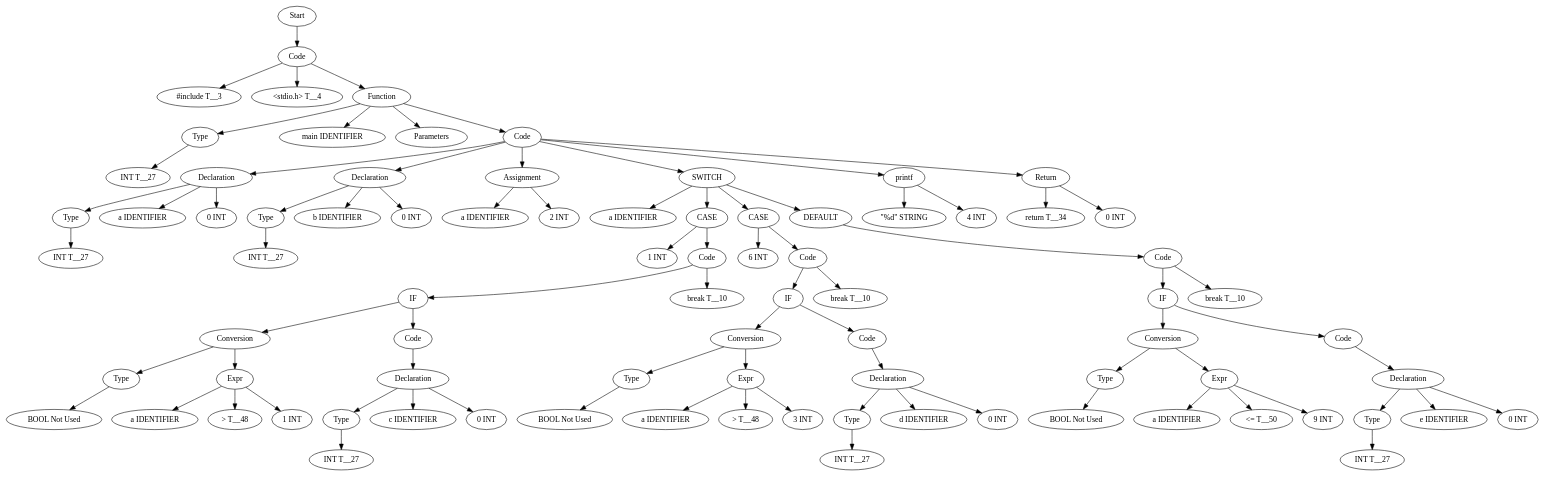
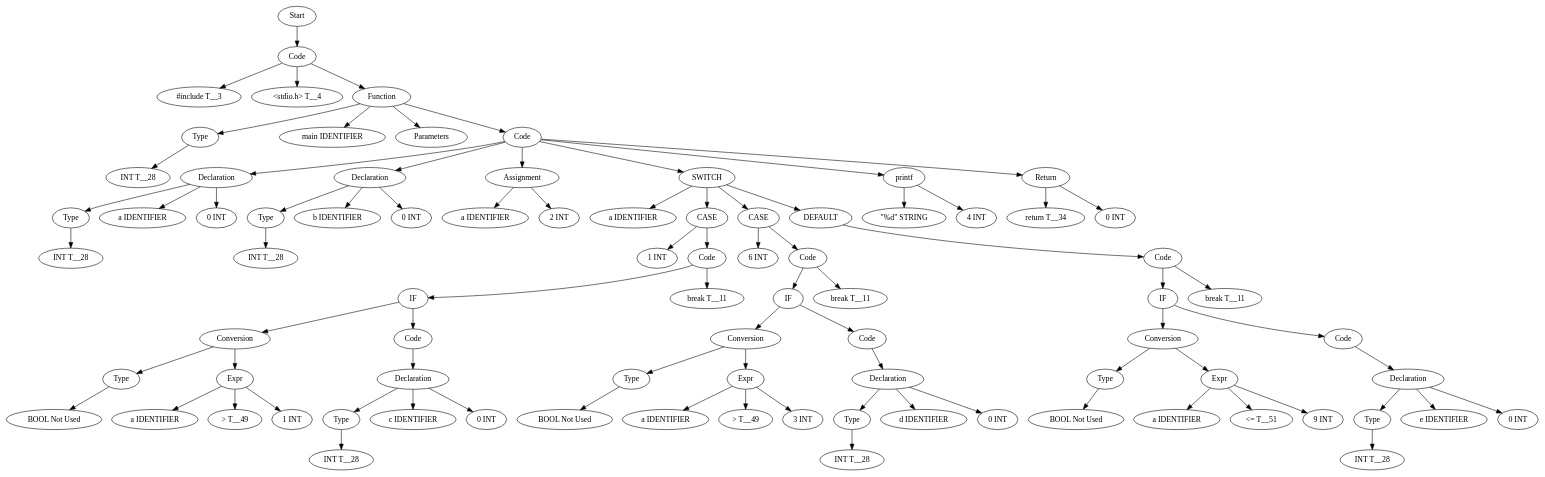
One commit to Are-you-listening/Compilers changed the diagram in TestCases/ASTTests/SwitchTests/createTests/read_file_before.dot. Above: the diagram before and after it, drawn with Graphviz. The commit also changed 184 other files, not shown here.

```diff
--- a/TestCases/ASTTests/SwitchTests/createTests/read_file_before.dot
+++ b/TestCases/ASTTests/SwitchTests/createTests/read_file_before.dot
@@ -1,169 +1,169 @@
 digraph AST {
-  "138215739820928" [label="Start"];
-  "138215739820928" -> "138215739824576";
-  "138215739824576" [label="Code"];
-  "138215739824576" -> "138215739830528";
-  "138215739824576" -> "138215739831632";
-  "138215739824576" -> "138215739830912";
-  "138215739830528" [label="#include T__3"];
-  "138215739831632" [label="<stdio.h> T__4"];
-  "138215739830912" [label="Function"];
-  "138215739830912" -> "138215739823520";
-  "138215739830912" -> "138215739829328";
-  "138215739830912" -> "138215739818816";
-  "138215739830912" -> "138215739834128";
-  "138215739823520" [label="Type"];
-  "138215739823520" -> "138215739831728";
-  "138215739831728" [label="INT T__27"];
-  "138215739829328" [label="main IDENTIFIER"];
-  "138215739818816" [label="Parameters"];
-  "138215739834128" [label="Code"];
-  "138215739834128" -> "138215739833168";
-  "138215739834128" -> "138215739833504";
-  "138215739834128" -> "138215739830144";
-  "138215739834128" -> "138215739826112";
-  "138215739834128" -> "138215739984768";
-  "138215739834128" -> "138215739983952";
-  "138215739833168" [label="Declaration"];
-  "138215739833168" -> "138215739830768";
-  "138215739833168" -> "138215739831776";
-  "138215739833168" -> "138215739832304";
-  "138215739830768" [label="Type"];
-  "138215739830768" -> "138215739830000";
-  "138215739830000" [label="INT T__27"];
-  "138215739831776" [label="a IDENTIFIER"];
-  "138215739832304" [label="0 INT"];
-  "138215739833504" [label="Declaration"];
-  "138215739833504" -> "138215739831584";
-  "138215739833504" -> "138215739833408";
-  "138215739833504" -> "138215739824672";
-  "138215739831584" [label="Type"];
-  "138215739831584" -> "138215739819056";
-  "138215739819056" [label="INT T__27"];
-  "138215739833408" [label="b IDENTIFIER"];
-  "138215739824672" [label="0 INT"];
-  "138215739830144" [label="Assignment"];
-  "138215739830144" -> "138215739832400";
-  "138215739830144" -> "138215739833792";
-  "138215739832400" [label="a IDENTIFIER"];
-  "138215739833792" [label="2 INT"];
-  "138215739826112" [label="SWITCH"];
-  "138215739826112" -> "138215739834032";
-  "138215739826112" -> "138215739830960";
-  "138215739826112" -> "138215739823808";
-  "138215739826112" -> "138215739986928";
-  "138215739834032" [label="a IDENTIFIER"];
-  "138215739830960" [label="CASE"];
-  "138215739830960" -> "138215739824192";
-  "138215739830960" -> "138215739988320";
-  "138215739824192" [label="1 INT"];
-  "138215739988320" [label="Code"];
-  "138215739988320" -> "138215739988368";
-  "138215739988320" -> "138215739986640";
-  "138215739988368" [label="IF"];
-  "138215739988368" -> "138215739984192";
-  "138215739988368" -> "138215739988512";
-  "138215739984192" [label="Conversion"];
-  "138215739984192" -> "138215739992016";
-  "138215739984192" -> "138215739985392";
-  "138215739992016" [label="Type"];
-  "138215739992016" -> "138215739993312";
-  "138215739993312" [label="BOOL Not Used"];
-  "138215739985392" [label="Expr"];
-  "138215739985392" -> "138215739992592";
-  "138215739985392" -> "138215739992352";
-  "138215739985392" -> "138215739986976";
-  "138215739992592" [label="a IDENTIFIER"];
-  "138215739992352" [label="> T__48"];
-  "138215739986976" [label="1 INT"];
-  "138215739988512" [label="Code"];
-  "138215739988512" -> "138215739986832";
-  "138215739986832" [label="Declaration"];
-  "138215739986832" -> "138215739989568";
-  "138215739986832" -> "138215739987120";
-  "138215739986832" -> "138215739990336";
-  "138215739989568" [label="Type"];
-  "138215739989568" -> "138215739991920";
-  "138215739991920" [label="INT T__27"];
-  "138215739987120" [label="c IDENTIFIER"];
-  "138215739990336" [label="0 INT"];
-  "138215739986640" [label="break T__10"];
-  "138215739823808" [label="CASE"];
-  "138215739823808" -> "138215739990384";
-  "138215739823808" -> "138215739989472";
-  "138215739990384" [label="6 INT"];
-  "138215739989472" [label="Code"];
-  "138215739989472" -> "138215739984144";
-  "138215739989472" -> "138215739989520";
-  "138215739984144" [label="IF"];
-  "138215739984144" -> "138215739993120";
-  "138215739984144" -> "138215739990768";
-  "138215739993120" [label="Conversion"];
-  "138215739993120" -> "138215739992880";
-  "138215739993120" -> "138215739989376";
-  "138215739992880" [label="Type"];
-  "138215739992880" -> "138215739992784";
-  "138215739992784" [label="BOOL Not Used"];
-  "138215739989376" [label="Expr"];
-  "138215739989376" -> "138215739988416";
-  "138215739989376" -> "138215739990096";
-  "138215739989376" -> "138215739989040";
-  "138215739988416" [label="a IDENTIFIER"];
-  "138215739990096" [label="> T__48"];
-  "138215739989040" [label="3 INT"];
-  "138215739990768" [label="Code"];
-  "138215739990768" -> "138215739984288";
-  "138215739984288" [label="Declaration"];
-  "138215739984288" -> "138215739989232";
-  "138215739984288" -> "138215739989664";
-  "138215739984288" -> "138215739988608";
-  "138215739989232" [label="Type"];
-  "138215739989232" -> "138215739984336";
-  "138215739984336" [label="INT T__27"];
-  "138215739989664" [label="d IDENTIFIER"];
-  "138215739988608" [label="0 INT"];
-  "138215739989520" [label="break T__10"];
-  "138215739986928" [label="DEFAULT"];
-  "138215739986928" -> "138215739989280";
-  "138215739989280" [label="Code"];
-  "138215739989280" -> "138215739985056";
-  "138215739989280" -> "138215739987408";
-  "138215739985056" [label="IF"];
-  "138215739985056" -> "138215739994560";
-  "138215739985056" -> "138215739987600";
-  "138215739994560" [label="Conversion"];
-  "138215739994560" -> "138215739992112";
-  "138215739994560" -> "138215739986448";
-  "138215739992112" [label="Type"];
-  "138215739992112" -> "138215739982944";
-  "138215739982944" [label="BOOL Not Used"];
-  "138215739986448" [label="Expr"];
-  "138215739986448" -> "138215739987168";
-  "138215739986448" -> "138215739986352";
-  "138215739986448" -> "138215739985488";
-  "138215739987168" [label="a IDENTIFIER"];
-  "138215739986352" [label="<= T__50"];
-  "138215739985488" [label="9 INT"];
-  "138215739987600" [label="Code"];
-  "138215739987600" -> "138215739987936";
-  "138215739987936" [label="Declaration"];
-  "138215739987936" -> "138215739987312";
-  "138215739987936" -> "138215739986064";
-  "138215739987936" -> "138215739987216";
-  "138215739987312" [label="Type"];
-  "138215739987312" -> "138215739986160";
-  "138215739986160" [label="INT T__27"];
-  "138215739986064" [label="e IDENTIFIER"];
-  "138215739987216" [label="0 INT"];
-  "138215739987408" [label="break T__10"];
-  "138215739984768" [label="printf"];
-  "138215739984768" -> "138215739982656";
-  "138215739984768" -> "138215739985872";
-  "138215739982656" [label="\"%d\" STRING"];
-  "138215739985872" [label="4 INT"];
-  "138215739983952" [label="Return"];
-  "138215739983952" -> "138215739986496";
-  "138215739983952" -> "138215739986880";
-  "138215739986496" [label="return T__34"];
-  "138215739986880" [label="0 INT"];
+  "128481920694784" [label="Start"];
+  "128481920694784" -> "128481920693728";
+  "128481920693728" [label="Code"];
+  "128481920693728" -> "128481920694544";
+  "128481920693728" -> "128481920690992";
+  "128481920693728" -> "128481920689072";
+  "128481920694544" [label="#include T__3"];
+  "128481920690992" [label="<stdio.h> T__4"];
+  "128481920689072" [label="Function"];
+  "128481920689072" -> "128481920695744";
+  "128481920689072" -> "128481920692240";
+  "128481920689072" -> "128481920696080";
+  "128481920689072" -> "128481920692144";
+  "128481920695744" [label="Type"];
+  "128481920695744" -> "128481920692624";
+  "128481920692624" [label="INT T__28"];
+  "128481920692240" [label="main IDENTIFIER"];
+  "128481920696080" [label="Parameters"];
+  "128481920692144" [label="Code"];
+  "128481920692144" -> "128481920691040";
+  "128481920692144" -> "128481920691808";
+  "128481920692144" -> "128481920696176";
+  "128481920692144" -> "128481920695360";
+  "128481920692144" -> "128481920897744";
+  "128481920692144" -> "128481920897792";
+  "128481920691040" [label="Declaration"];
+  "128481920691040" -> "128481920694880";
+  "128481920691040" -> "128481920693776";
+  "128481920691040" -> "128481920693632";
+  "128481920694880" [label="Type"];
+  "128481920694880" -> "128481920691088";
+  "128481920691088" [label="INT T__28"];
+  "128481920693776" [label="a IDENTIFIER"];
+  "128481920693632" [label="0 INT"];
+  "128481920691808" [label="Declaration"];
+  "128481920691808" -> "128481920691520";
+  "128481920691808" -> "128481920689456";
+  "128481920691808" -> "128481920680432";
+  "128481920691520" [label="Type"];
+  "128481920691520" -> "128481920693968";
+  "128481920693968" [label="INT T__28"];
+  "128481920689456" [label="b IDENTIFIER"];
+  "128481920680432" [label="0 INT"];
+  "128481920696176" [label="Assignment"];
+  "128481920696176" -> "128481920694016";
+  "128481920696176" -> "128481920694112";
+  "128481920694016" [label="a IDENTIFIER"];
+  "128481920694112" [label="2 INT"];
+  "128481920695360" [label="SWITCH"];
+  "128481920695360" -> "128481920690320";
+  "128481920695360" -> "128481920695792";
+  "128481920695360" -> "128481920694592";
+  "128481920695360" -> "128481920692000";
+  "128481920690320" [label="a IDENTIFIER"];
+  "128481920695792" [label="CASE"];
+  "128481920695792" -> "128481920681680";
+  "128481920695792" -> "128481920695504";
+  "128481920681680" [label="1 INT"];
+  "128481920695504" [label="Code"];
+  "128481920695504" -> "128481920694064";
+  "128481920695504" -> "128481920690464";
+  "128481920694064" [label="IF"];
+  "128481920694064" -> "128481920894000";
+  "128481920694064" -> "128481920693248";
+  "128481920894000" [label="Conversion"];
+  "128481920894000" -> "128481920893712";
+  "128481920894000" -> "128481920692720";
+  "128481920893712" [label="Type"];
+  "128481920893712" -> "128481920893616";
+  "128481920893616" [label="BOOL Not Used"];
+  "128481920692720" [label="Expr"];
+  "128481920692720" -> "128481920692576";
+  "128481920692720" -> "128481920688304";
+  "128481920692720" -> "128481920693920";
+  "128481920692576" [label="a IDENTIFIER"];
+  "128481920688304" [label="> T__49"];
+  "128481920693920" [label="1 INT"];
+  "128481920693248" [label="Code"];
+  "128481920693248" -> "128481920688256";
+  "128481920688256" [label="Declaration"];
+  "128481920688256" -> "128481920681728";
+  "128481920688256" -> "128481920691616";
+  "128481920688256" -> "128481920690224";
+  "128481920681728" [label="Type"];
+  "128481920681728" -> "128481920681968";
+  "128481920681968" [label="INT T__28"];
+  "128481920691616" [label="c IDENTIFIER"];
+  "128481920690224" [label="0 INT"];
+  "128481920690464" [label="break T__11"];
+  "128481920694592" [label="CASE"];
+  "128481920694592" -> "128481920690608";
+  "128481920694592" -> "128481920691904";
+  "128481920690608" [label="6 INT"];
+  "128481920691904" [label="Code"];
+  "128481920691904" -> "128481920692768";
+  "128481920691904" -> "128481920684416";
+  "128481920692768" [label="IF"];
+  "128481920692768" -> "128481920893760";
+  "128481920692768" -> "128481920690944";
+  "128481920893760" [label="Conversion"];
+  "128481920893760" -> "128481920894192";
+  "128481920893760" -> "128481920696128";
+  "128481920894192" [label="Type"];
+  "128481920894192" -> "128481920895200";
+  "128481920895200" [label="BOOL Not Used"];
+  "128481920696128" [label="Expr"];
+  "128481920696128" -> "128481920695840";
+  "128481920696128" -> "128481920691136";
+  "128481920696128" -> "128481920690896";
+  "128481920695840" [label="a IDENTIFIER"];
+  "128481920691136" [label="> T__49"];
+  "128481920690896" [label="3 INT"];
+  "128481920690944" [label="Code"];
+  "128481920690944" -> "128481920690176";
+  "128481920690176" [label="Declaration"];
+  "128481920690176" -> "128481920690272";
+  "128481920690176" -> "128481920694400";
+  "128481920690176" -> "128481920691328";
+  "128481920690272" [label="Type"];
+  "128481920690272" -> "128481920693296";
+  "128481920693296" [label="INT T__28"];
+  "128481920694400" [label="d IDENTIFIER"];
+  "128481920691328" [label="0 INT"];
+  "128481920684416" [label="break T__11"];
+  "128481920692000" [label="DEFAULT"];
+  "128481920692000" -> "128481920903600";
+  "128481920903600" [label="Code"];
+  "128481920903600" -> "128481920903696";
+  "128481920903600" -> "128481920897168";
+  "128481920903696" [label="IF"];
+  "128481920903696" -> "128481920895248";
+  "128481920903696" -> "128481920898944";
+  "128481920895248" [label="Conversion"];
+  "128481920895248" -> "128481920894144";
+  "128481920895248" -> "128481920899184";
+  "128481920894144" [label="Type"];
+  "128481920894144" -> "128481920893472";
+  "128481920893472" [label="BOOL Not Used"];
+  "128481920899184" [label="Expr"];
+  "128481920899184" -> "128481920897840";
+  "128481920899184" -> "128481920897936";
+  "128481920899184" -> "128481920897984";
+  "128481920897840" [label="a IDENTIFIER"];
+  "128481920897936" [label="<= T__51"];
+  "128481920897984" [label="9 INT"];
+  "128481920898944" [label="Code"];
+  "128481920898944" -> "128481920896496";
+  "128481920896496" [label="Declaration"];
+  "128481920896496" -> "128481920898032";
+  "128481920896496" -> "128481920898272";
+  "128481920896496" -> "128481920894912";
+  "128481920898032" [label="Type"];
+  "128481920898032" -> "128481920897552";
+  "128481920897552" [label="INT T__28"];
+  "128481920898272" [label="e IDENTIFIER"];
+  "128481920894912" [label="0 INT"];
+  "128481920897168" [label="break T__11"];
+  "128481920897744" [label="printf"];
+  "128481920897744" -> "128481920897888";
+  "128481920897744" -> "128481920896688";
+  "128481920897888" [label="\"%d\" STRING"];
+  "128481920896688" [label="4 INT"];
+  "128481920897792" [label="Return"];
+  "128481920897792" -> "128481920896736";
+  "128481920897792" -> "128481920896400";
+  "128481920896736" [label="return T__34"];
+  "128481920896400" [label="0 INT"];
 }
```
